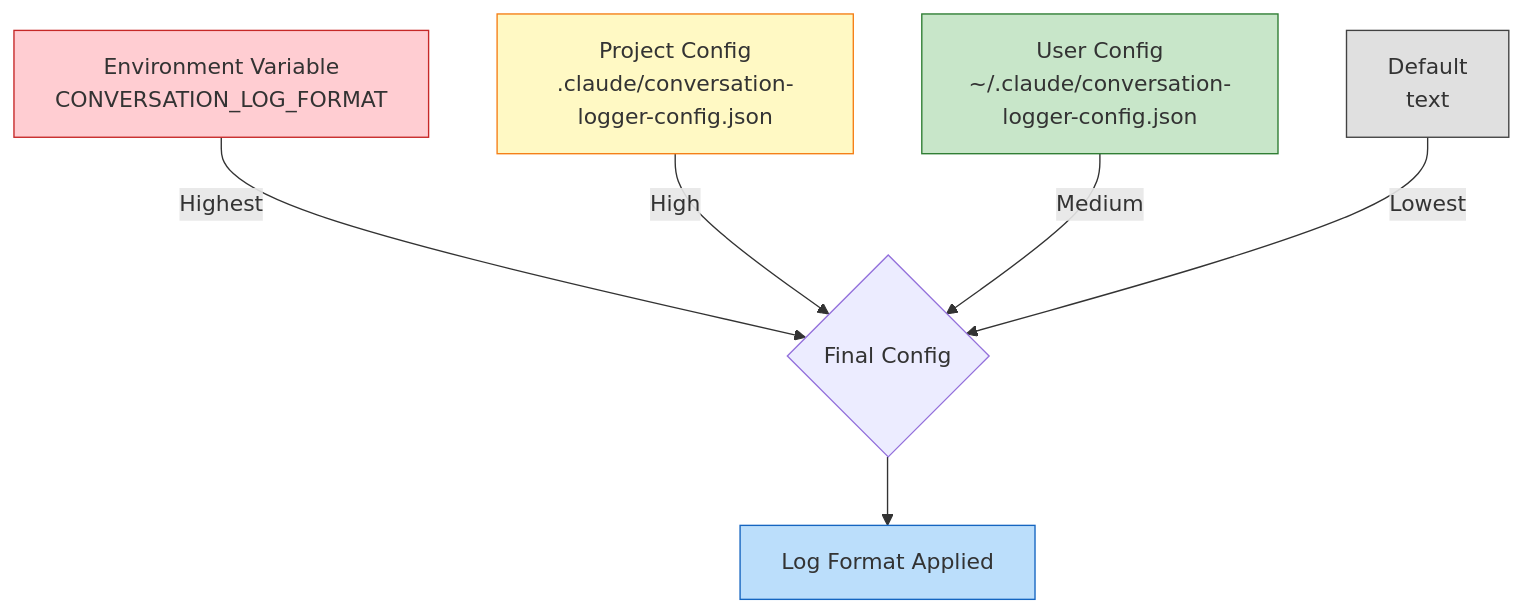
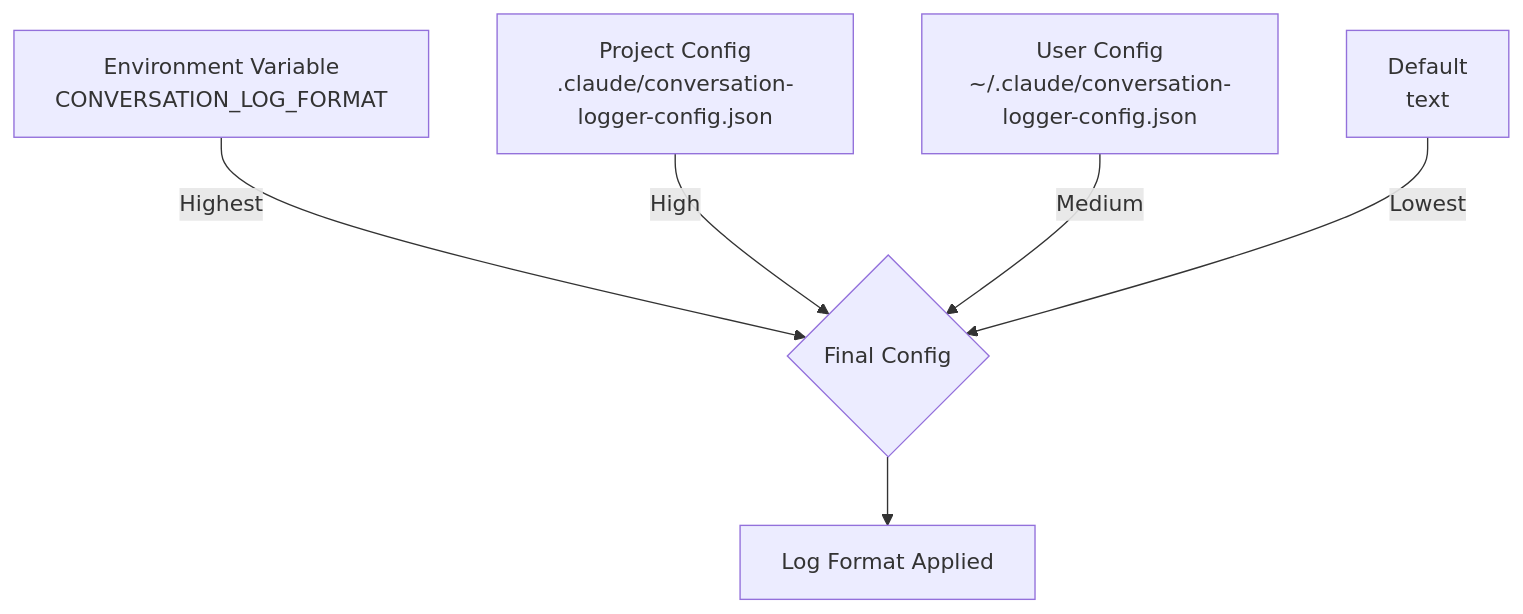
The third of 3 diagrams in README.md (ecorheim/conversation-logger), drawn with Mermaid before and after one commit. The commit also changed other lines of this file, not shown here.

Commit message:
📝 docs: remove diagram background colors for better text readability

````diff
--- a/README.md
+++ b/README.md
@@ -100,15 +96,9 @@
 ```mermaid
 graph TD
     A[Environment Variable<br/>CONVERSATION_LOG_FORMAT] -->|Highest| Z{Final Config}
     B[Project Config<br/>.claude/conversation-logger-config.json] -->|High| Z
     C[User Config<br/>~/.claude/conversation-logger-config.json] -->|Medium| Z
     D[Default<br/>text] -->|Lowest| Z
 
     Z --> E[Log Format Applied]
-
-    style A fill:#ffcdd2,stroke:#c62828
-    style B fill:#fff9c4,stroke:#f57f17
-    style C fill:#c8e6c9,stroke:#2e7d32
-    style D fill:#e0e0e0,stroke:#424242
-    style E fill:#bbdefb,stroke:#1565c0
 ```
````
